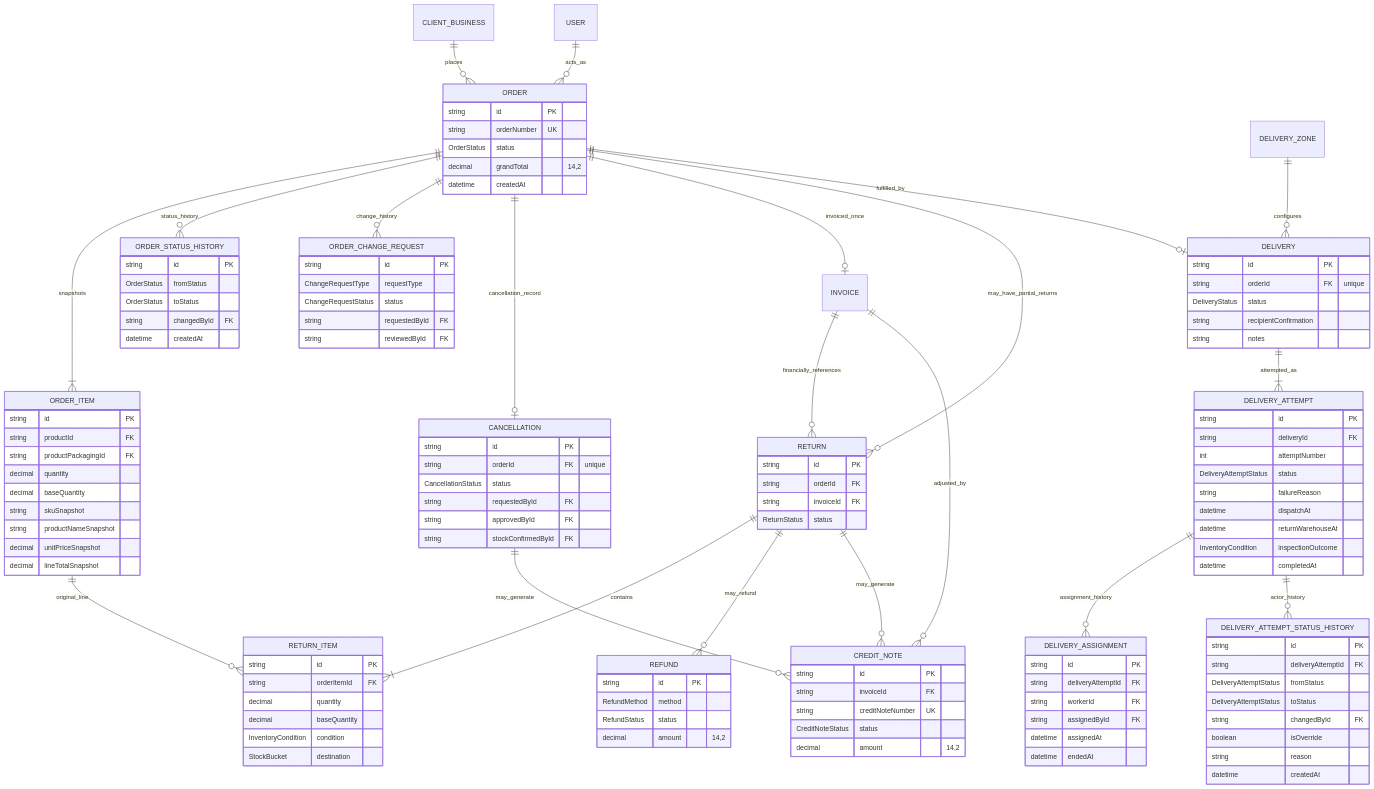
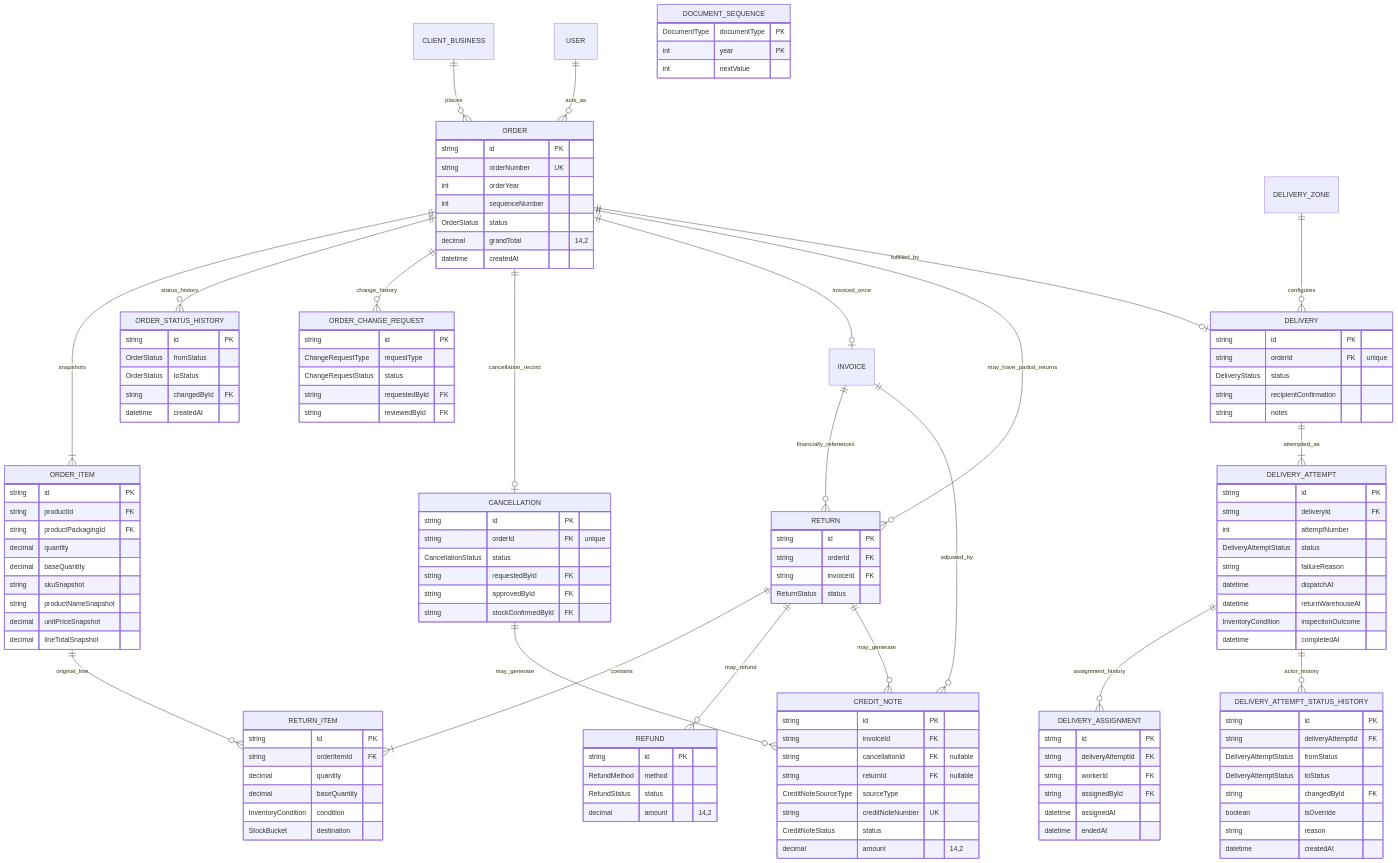
Before and after one commit to ahmed000248/raza-stationers: the diagram in docs/diagrams/erd/orders-returns-delivery-erd-v0.1.mmd, drawn with Mermaid. The commit also changed 13 other files, not shown here.

```diff
--- a/docs/diagrams/erd/orders-returns-delivery-erd-v0.1.mmd
+++ b/docs/diagrams/erd/orders-returns-delivery-erd-v0.1.mmd
@@ -1,130 +1,142 @@
 erDiagram
     CLIENT_BUSINESS ||--o{ ORDER : places
     USER ||--o{ ORDER : acts_as
     ORDER ||--|{ ORDER_ITEM : snapshots
     ORDER ||--o{ ORDER_STATUS_HISTORY : status_history
     ORDER ||--o{ ORDER_CHANGE_REQUEST : change_history
     ORDER ||--o| CANCELLATION : cancellation_record
     ORDER ||--o| INVOICE : invoiced_once
     ORDER ||--o{ RETURN : may_have_partial_returns
     INVOICE ||--o{ RETURN : financially_references
     RETURN ||--|{ RETURN_ITEM : contains
     ORDER_ITEM ||--o{ RETURN_ITEM : original_line
     RETURN ||--o{ REFUND : may_refund
     INVOICE ||--o{ CREDIT_NOTE : adjusted_by
     RETURN ||--o{ CREDIT_NOTE : may_generate
     CANCELLATION ||--o{ CREDIT_NOTE : may_generate
 
     ORDER ||--o| DELIVERY : fulfilled_by
     DELIVERY_ZONE ||--o{ DELIVERY : configures
     DELIVERY ||--|{ DELIVERY_ATTEMPT : attempted_as
     DELIVERY_ATTEMPT ||--o{ DELIVERY_ASSIGNMENT : assignment_history
     DELIVERY_ATTEMPT ||--o{ DELIVERY_ATTEMPT_STATUS_HISTORY : actor_history
 
     ORDER {
         string id PK
         string orderNumber UK
+        int orderYear
+        int sequenceNumber
         OrderStatus status
         decimal grandTotal "14,2"
         datetime createdAt
     }
     ORDER_ITEM {
         string id PK
         string productId FK
         string productPackagingId FK
         decimal quantity
         decimal baseQuantity
         string skuSnapshot
         string productNameSnapshot
         decimal unitPriceSnapshot
         decimal lineTotalSnapshot
     }
     ORDER_STATUS_HISTORY {
         string id PK
         OrderStatus fromStatus
         OrderStatus toStatus
         string changedById FK
         datetime createdAt
     }
     ORDER_CHANGE_REQUEST {
         string id PK
         ChangeRequestType requestType
         ChangeRequestStatus status
         string requestedById FK
         string reviewedById FK
     }
     CANCELLATION {
         string id PK
         string orderId FK "unique"
         CancellationStatus status
         string requestedById FK
         string approvedById FK
         string stockConfirmedById FK
     }
     RETURN {
         string id PK
         string orderId FK
         string invoiceId FK
         ReturnStatus status
     }
     RETURN_ITEM {
         string id PK
         string orderItemId FK
         decimal quantity
         decimal baseQuantity
         InventoryCondition condition
         StockBucket destination
     }
     REFUND {
         string id PK
         RefundMethod method
         RefundStatus status
         decimal amount "14,2"
     }
     CREDIT_NOTE {
         string id PK
         string invoiceId FK
+        string cancellationId FK "nullable"
+        string returnId FK "nullable"
+        CreditNoteSourceType sourceType
         string creditNoteNumber UK
         CreditNoteStatus status
         decimal amount "14,2"
+    }
+    DOCUMENT_SEQUENCE {
+        DocumentType documentType PK
+        int year PK
+        int nextValue
     }
     DELIVERY {
         string id PK
         string orderId FK "unique"
         DeliveryStatus status
         string recipientConfirmation
         string notes
     }
     DELIVERY_ATTEMPT {
         string id PK
         string deliveryId FK
         int attemptNumber
         DeliveryAttemptStatus status
         string failureReason
         datetime dispatchAt
         datetime returnWarehouseAt
         InventoryCondition inspectionOutcome
         datetime completedAt
     }
     DELIVERY_ASSIGNMENT {
         string id PK
         string deliveryAttemptId FK
         string workerId FK
         string assignedById FK
         datetime assignedAt
         datetime endedAt
     }
     DELIVERY_ATTEMPT_STATUS_HISTORY {
         string id PK
         string deliveryAttemptId FK
         DeliveryAttemptStatus fromStatus
         DeliveryAttemptStatus toStatus
         string changedById FK
         boolean isOverride
         string reason
         datetime createdAt
     }
 
 %% Packed/dispatched cancellations pass through return_pending_inspection.
 %% Failed-delivery stock remains unavailable/in-transit until receipt and inspection.
+%% Order, Invoice and CreditNote visible numbers allocate by document type and year.
+%% Each CreditNote source is cancellation, return or Owner-approved manual adjustment.
 %% DeliveryProof files are deferred; simple notes/recipient confirmation are allowed.
```
